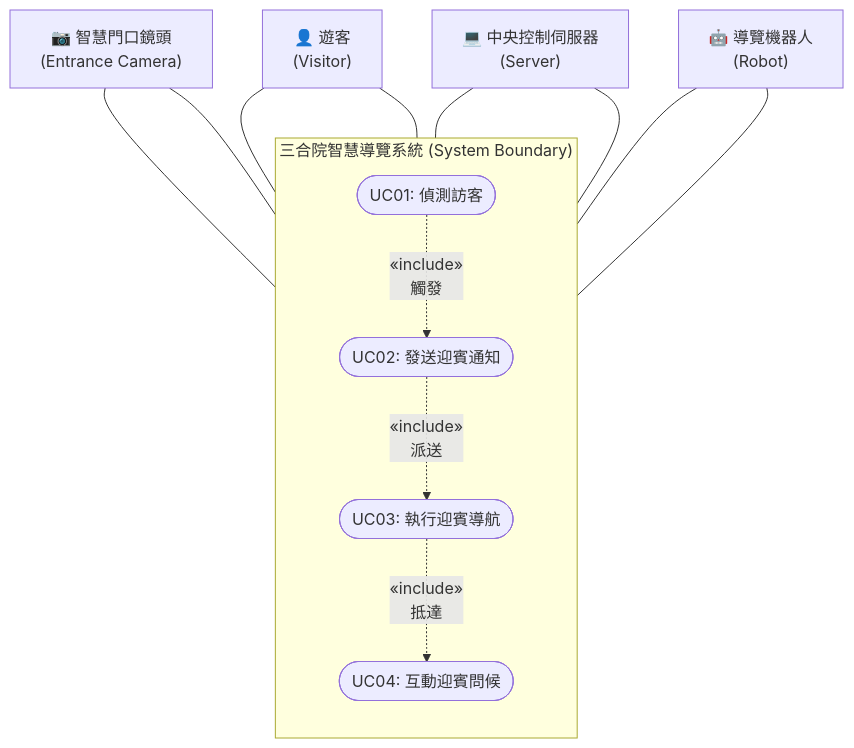
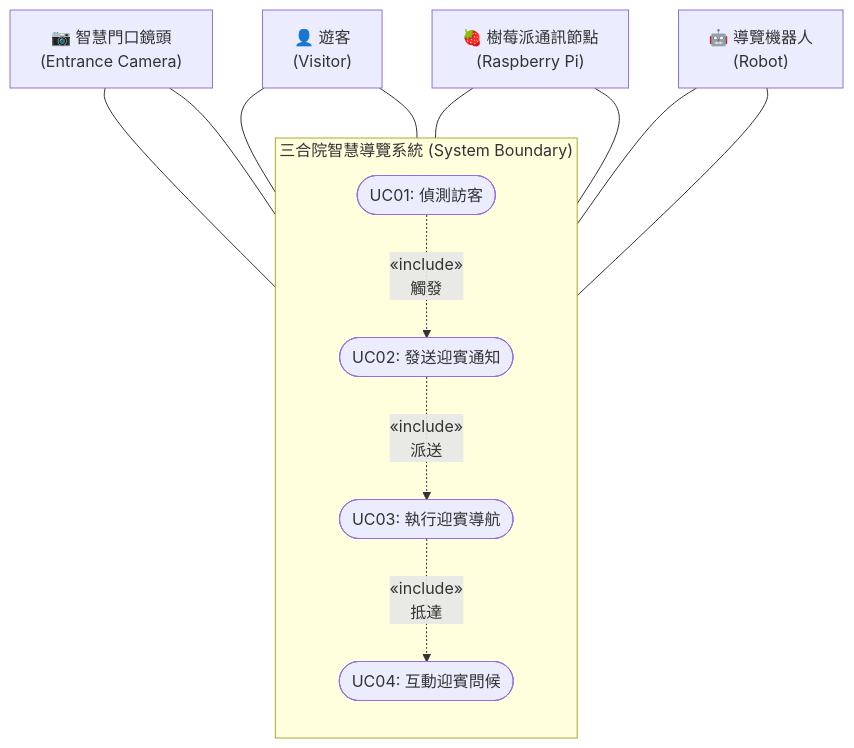
One commit to jims100008-lang/mobile-multimedia-guide changed the second of 3 diagrams in README.md. Above: the diagram before and after it, drawn with Mermaid. The commit also changed other lines of this file and 11 other files, not shown here.

Commit message:
docs: replace field server with Raspberry Pi gateway

````diff
--- a/README.md
+++ b/README.md
@@ -53,28 +53,28 @@
 ```mermaid
 graph TB
     subgraph 三合院智慧導覽系統 ["三合院智慧導覽系統 (System Boundary)"]
         direction TB
         UC01(["UC01: 偵測訪客"])
         UC02(["UC02: 發送迎賓通知"])
         UC03(["UC03: 執行迎賓導航"])
         UC04(["UC04: 互動迎賓問候"])
     end
 
     Visitor["👤 遊客<br/>(Visitor)"]
     Camera["📷 智慧門口鏡頭<br/>(Entrance Camera)"]
-    Server["💻 中央控制伺服器<br/>(Server)"]
+    Pi["🍓 樹莓派通訊節點<br/>(Raspberry Pi)"]
     Robot["🤖 導覽機器人<br/>(Robot)"]
 
     Visitor --- UC01
     Camera --- UC01
     Camera --- UC02
-    Server --- UC02
-    Server --- UC03
+    Pi --- UC02
+    Pi --- UC03
     Robot --- UC03
     Robot --- UC04
     Visitor --- UC04
 
     UC01 -.->|"&laquo;include&raquo;"<br/>觸發 | UC02
     UC02 -.->|"&laquo;include&raquo;"<br/>派送 | UC03
     UC03 -.->|"&laquo;include&raquo;"<br/>抵達 | UC04
 ```
````
